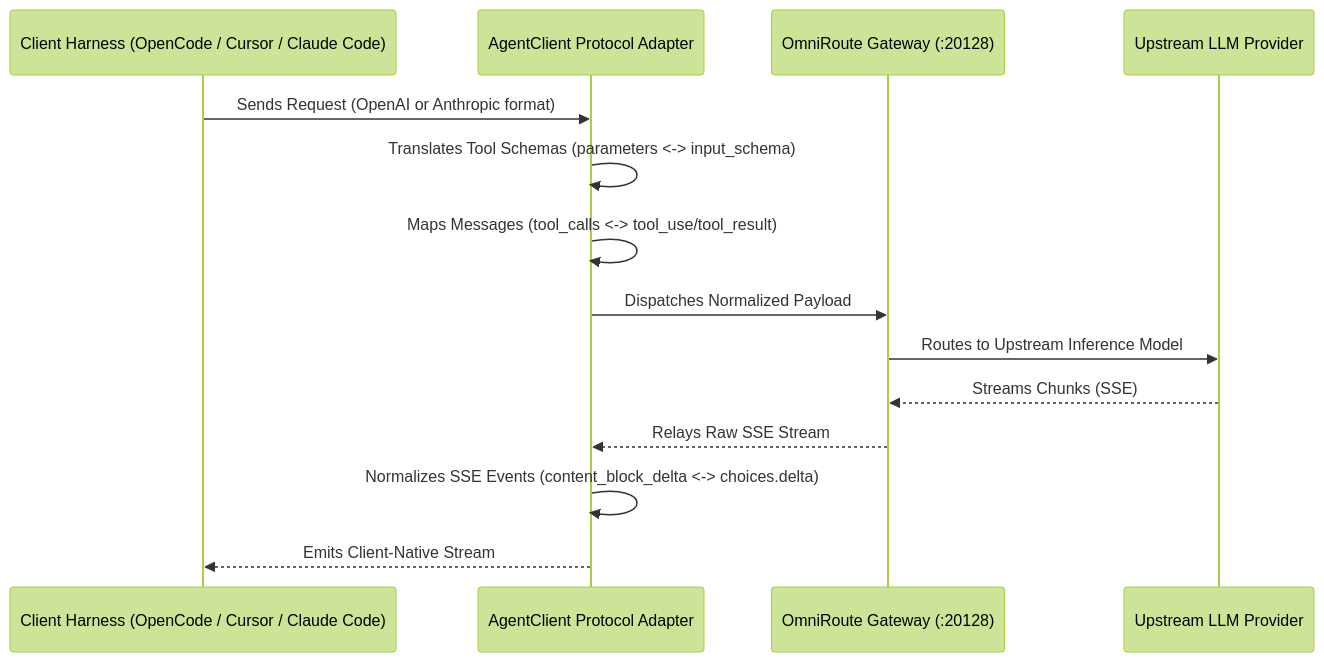
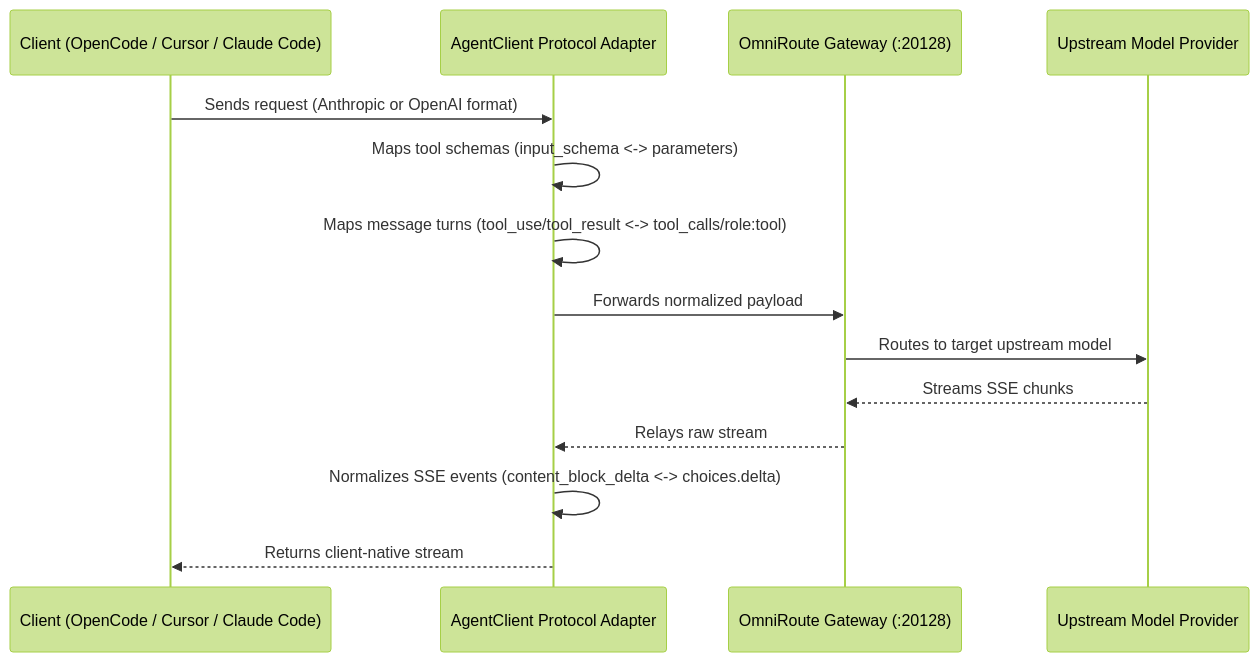
One commit to mahik504/limitless-claude changed the third of 3 diagrams in README.md. Above: the diagram before and after it, drawn with Mermaid (forest theme). The commit also changed other lines of this file and 2 other files, not shown here.

````diff
--- a/README.md
+++ b/README.md
@@ -303,17 +243,17 @@
 ```mermaid
 sequenceDiagram
-    participant Client as Client Harness (OpenCode / Cursor / Claude Code)
+    participant Client as Client (OpenCode / Cursor / Claude Code)
     participant Adapter as AgentClient Protocol Adapter
     participant Gateway as OmniRoute Gateway (:20128)
-    participant Provider as Upstream LLM Provider
+    participant Provider as Upstream Model Provider
 
-    Client->>Adapter: Sends Request (OpenAI or Anthropic format)
-    Adapter->>Adapter: Translates Tool Schemas (parameters <-> input_schema)
-    Adapter->>Adapter: Maps Messages (tool_calls <-> tool_use/tool_result)
-    Adapter->>Gateway: Dispatches Normalized Payload
-    Gateway->>Provider: Routes to Upstream Inference Model
-    Provider-->>Gateway: Streams Chunks (SSE)
-    Gateway-->>Adapter: Relays Raw SSE Stream
-    Adapter->>Adapter: Normalizes SSE Events (content_block_delta <-> choices.delta)
-    Adapter-->>Client: Emits Client-Native Stream
+    Client->>Adapter: Sends request (Anthropic or OpenAI format)
+    Adapter->>Adapter: Maps tool schemas (input_schema <-> parameters)
+    Adapter->>Adapter: Maps message turns (tool_use/tool_result <-> tool_calls/role:tool)
+    Adapter->>Gateway: Forwards normalized payload
+    Gateway->>Provider: Routes to target upstream model
+    Provider-->>Gateway: Streams SSE chunks
+    Gateway-->>Adapter: Relays raw stream
+    Adapter->>Adapter: Normalizes SSE events (content_block_delta <-> choices.delta)
+    Adapter-->>Client: Returns client-native stream
 ```
````
